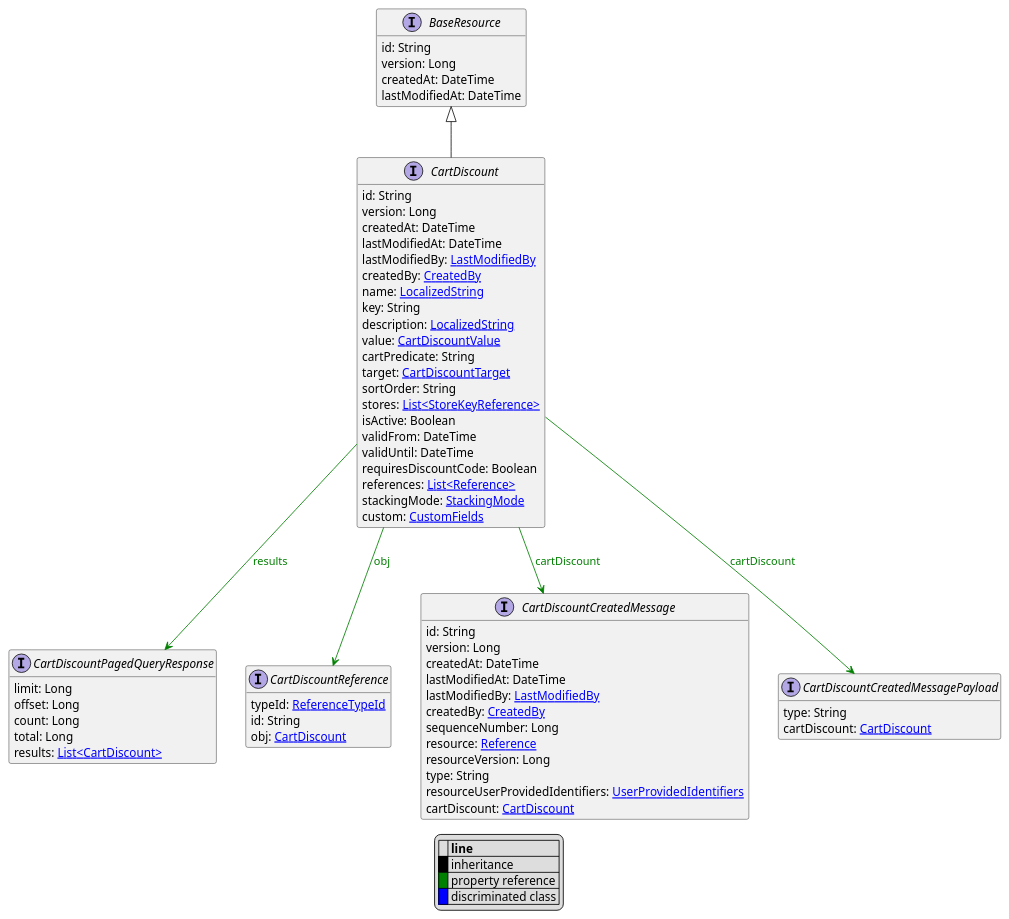
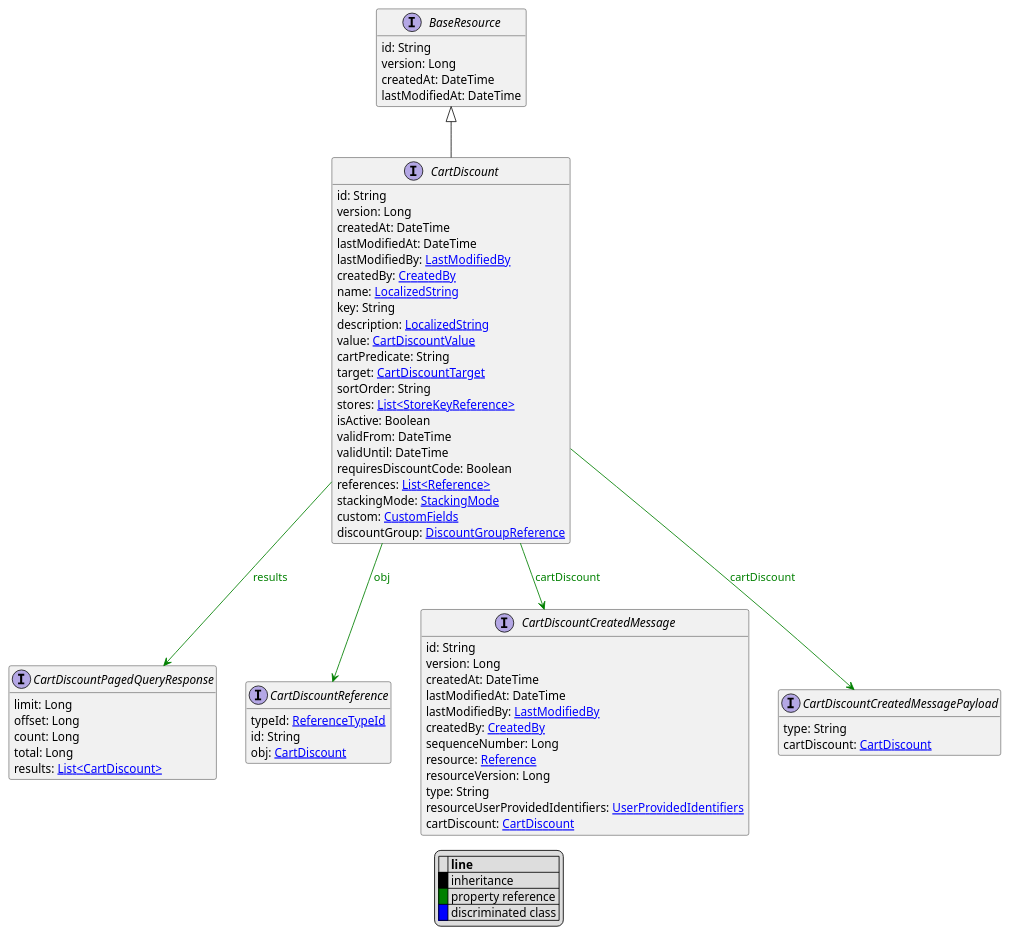
The diagram in uml/api/CartDiscount.puml (commercetools/commercetools-api-reference), drawn with PlantUML before and after one commit. The commit also changed 1854 other files, not shown here.

```diff
--- a/uml/api/CartDiscount.puml
+++ b/uml/api/CartDiscount.puml
@@ -1,77 +1,78 @@
 @startuml
 
 hide empty fields
 hide empty methods
 legend
 |= |= line |
 |<back:black>   </back>| inheritance |
 |<back:green>   </back>| property reference |
 |<back:blue>   </back>| discriminated class |
 endlegend
 interface CartDiscount [[CartDiscount.svg]] extends BaseResource {
     id: String
     version: Long
     createdAt: DateTime
     lastModifiedAt: DateTime
     lastModifiedBy: [[LastModifiedBy.svg LastModifiedBy]]
     createdBy: [[CreatedBy.svg CreatedBy]]
     name: [[LocalizedString.svg LocalizedString]]
     key: String
     description: [[LocalizedString.svg LocalizedString]]
     value: [[CartDiscountValue.svg CartDiscountValue]]
     cartPredicate: String
     target: [[CartDiscountTarget.svg CartDiscountTarget]]
     sortOrder: String
     stores: [[StoreKeyReference.svg List<StoreKeyReference>]]
     isActive: Boolean
     validFrom: DateTime
     validUntil: DateTime
     requiresDiscountCode: Boolean
     references: [[Reference.svg List<Reference>]]
     stackingMode: [[StackingMode.svg StackingMode]]
     custom: [[CustomFields.svg CustomFields]]
+    discountGroup: [[DiscountGroupReference.svg DiscountGroupReference]]
 }
 interface BaseResource [[BaseResource.svg]]  {
     id: String
     version: Long
     createdAt: DateTime
     lastModifiedAt: DateTime
 }
 
 
 interface CartDiscountPagedQueryResponse [[CartDiscountPagedQueryResponse.svg]]  {
     limit: Long
     offset: Long
     count: Long
     total: Long
     results: [[CartDiscount.svg List<CartDiscount>]]
 }
 interface CartDiscountReference [[CartDiscountReference.svg]]  {
     typeId: [[ReferenceTypeId.svg ReferenceTypeId]]
     id: String
     obj: [[CartDiscount.svg CartDiscount]]
 }
 interface CartDiscountCreatedMessage [[CartDiscountCreatedMessage.svg]]  {
     id: String
     version: Long
     createdAt: DateTime
     lastModifiedAt: DateTime
     lastModifiedBy: [[LastModifiedBy.svg LastModifiedBy]]
     createdBy: [[CreatedBy.svg CreatedBy]]
     sequenceNumber: Long
     resource: [[Reference.svg Reference]]
     resourceVersion: Long
     type: String
     resourceUserProvidedIdentifiers: [[UserProvidedIdentifiers.svg UserProvidedIdentifiers]]
     cartDiscount: [[CartDiscount.svg CartDiscount]]
 }
 interface CartDiscountCreatedMessagePayload [[CartDiscountCreatedMessagePayload.svg]]  {
     type: String
     cartDiscount: [[CartDiscount.svg CartDiscount]]
 }
 
 CartDiscount --> CartDiscountPagedQueryResponse #green;text:green : "results"
 CartDiscount --> CartDiscountReference #green;text:green : "obj"
 CartDiscount --> CartDiscountCreatedMessage #green;text:green : "cartDiscount"
 CartDiscount --> CartDiscountCreatedMessagePayload #green;text:green : "cartDiscount"
 @enduml
```
